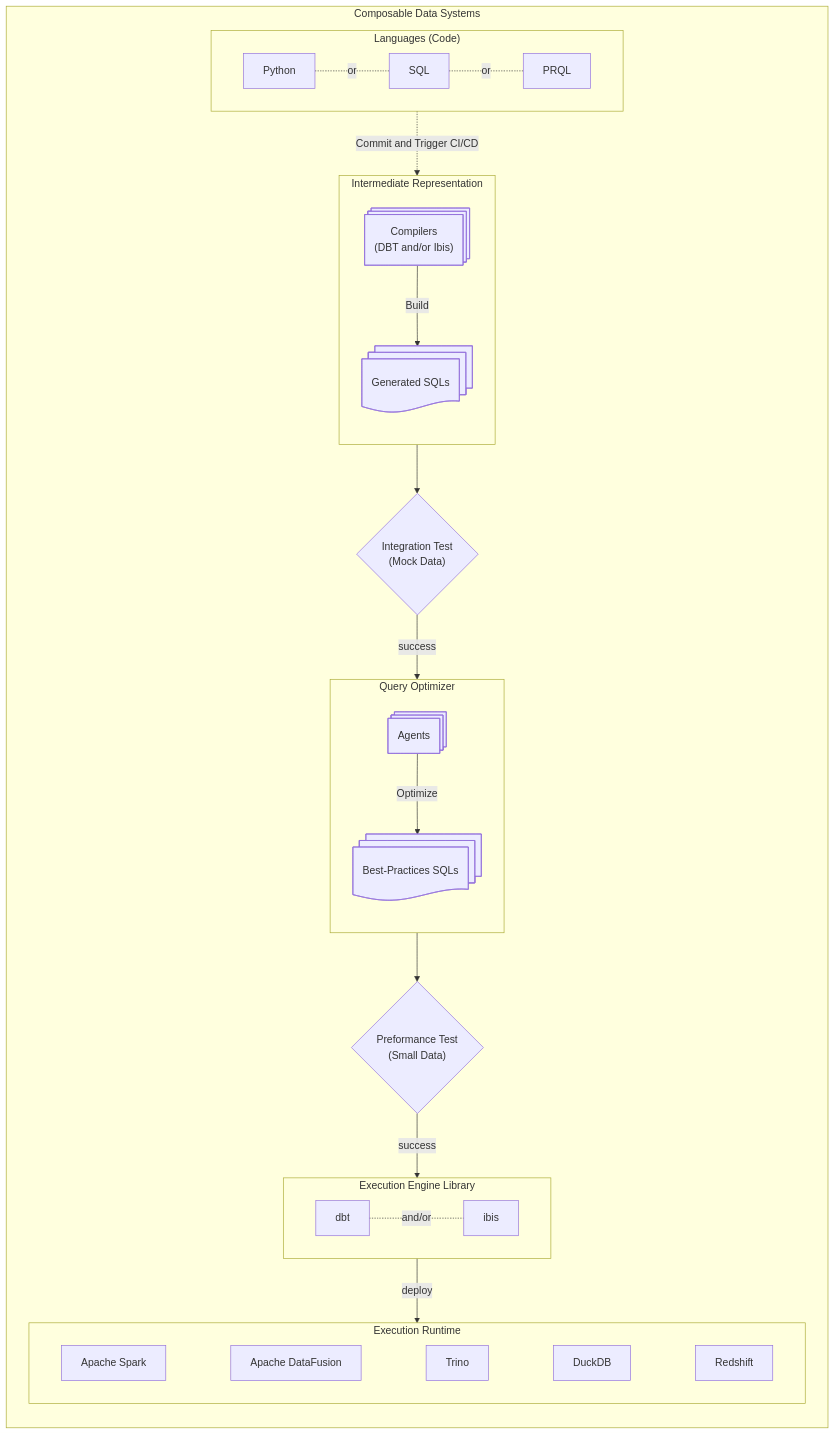
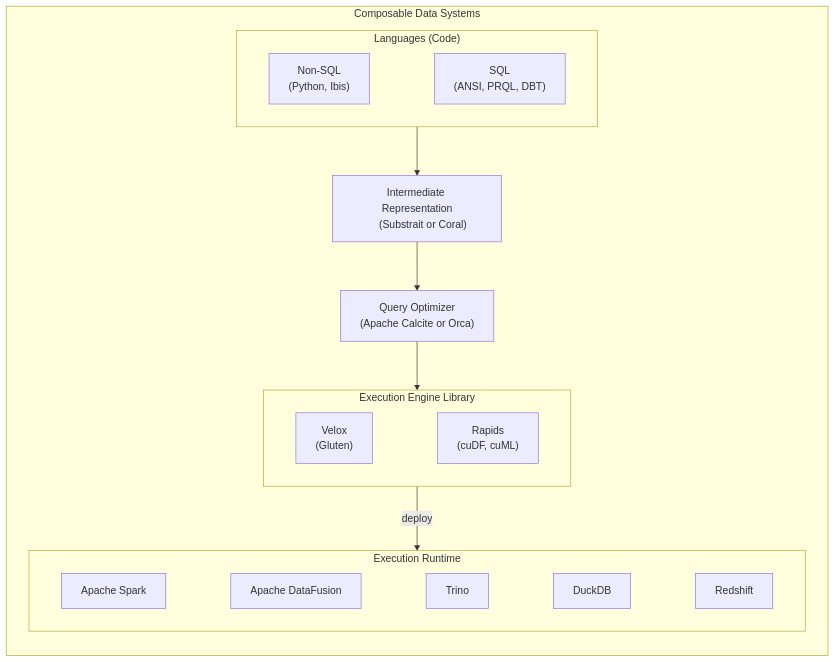
The diagram in source/_drafts/composable-data-systems.md (gavinjwl/gavinjwl.github.io), drawn with Mermaid before and after one commit. The commit also changed other lines of this file, not shown here.

````diff
--- a/source/_drafts/composable-data-systems.md
+++ b/source/_drafts/composable-data-systems.md
@@ -7,53 +15,39 @@
 ```mermaid
 flowchart TB
 subgraph composable_data_systems["Composable Data Systems"]
     direction TB
     subgraph language["Languages (Code)"]
-        Python -.-|or| SQL -.-|or| PRQL
+        Non-SQL["Non-SQL
+        (Python, Ibis)"] ~~~ SQL["SQL
+        (ANSI, PRQL, DBT)"]
     end
 
-    subgraph ir["Intermediate Representation"]
-        direction TB
-        compilers@{ shape: processes, label: "Compilers
-        (DBT and/or Ibis)" } -->|Build| generated-sql@{ shape: docs, label: "Generated SQLs" }
-    end
-    language -.->|Commit and Trigger CI/CD| ir
+    ir["Intermediate Representation
+    (Substrait or Coral)"]
+    language --> ir
 
-    subgraph query-optimizer["Query Optimizer"]
-        direction TB
-        agent@{ shape: processes, label: "Agents" }
-        best-practiced-sql@{ shape: docs, label: "Best-Practices SQLs" }
-        agent -->|Optimize| best-practiced-sql
-    end
-    ir --> integration-test@{ shape: diamond, label: "Integration Test
-    (Mock Data)" } -->|success| query-optimizer
+    query-optimizer["Query Optimizer
+    (Apache Calcite or Orca)"]
+    ir --> query-optimizer
 
     subgraph execution-engine-library["Execution Engine Library"]
-        dbt -.-|and/or| ibis
+        Velox["Velox
+        (Gluten)"] ~~~ RAPIDS["Rapids
+        (cuDF, cuML)"]
     end
-    query-optimizer --> preformance-test@{ shape: diamond, label: "Preformance Test
-    (Small Data)" } -->|success| execution-engine-library
+    query-optimizer --> execution-engine-library
 
     subgraph execution-runtime["Execution Runtime"]
         direction LR
         spark["Apache Spark"]
         datafusion["Apache DataFusion"]
         trino["Trino"]
         duckdb["DuckDB"]
         redshift["Redshift"]
 
         spark ~~~ datafusion ~~~ trino ~~~ duckdb ~~~ redshift
     end
     execution-engine-library -->|deploy| execution-runtime
 
 end
-
-%% subgraph observability["Security and Observability"]
-%%     Authn ~~~ Authz ~~~ fgac["Fine-Grained
-%%     Access Control"]
-%%     Monitoring ~~~ Logging ~~~ Auditing
-%% end
-%% direction TB
-%% composable_data_systems -.- observability
-
 ```
````
